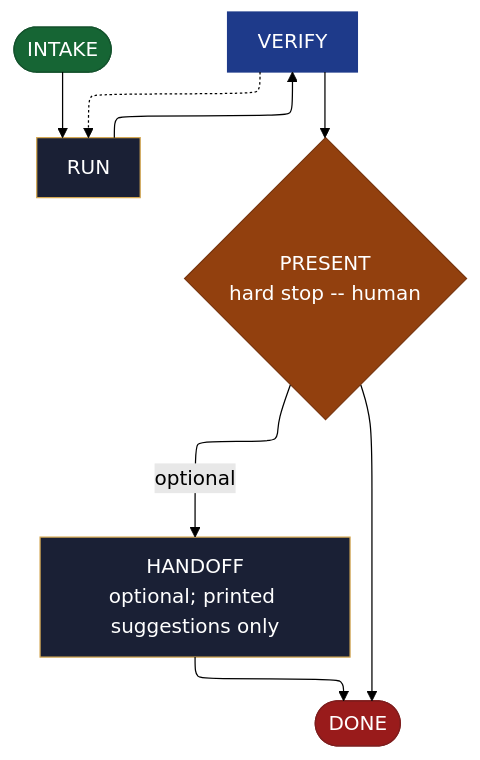
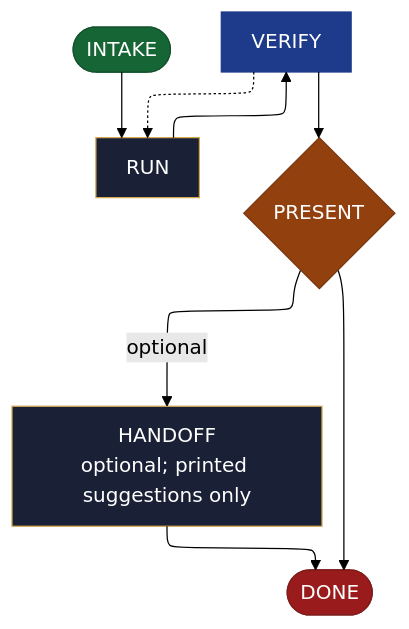
One commit to AndreVianna/aid-methodology changed the diagram in site/src/content/docs/skills/aid-test.md. Above: the diagram before and after it, drawn with Mermaid (forest theme). The commit also changed 11 other files, not shown here.

````diff
--- a/site/src/content/docs/skills/aid-test.md
+++ b/site/src/content/docs/skills/aid-test.md
@@ -20,43 +20,43 @@
 ```mermaid
 ---
 config:
   layout: elk
   flowchart:
     nodeSpacing: 55
     rankSpacing: 65
     padding: 12
     useMaxWidth: true
 ---
 flowchart TB
   classDef aidNode color:#fff
   classDef aidEntry fill:#166534,stroke:#14532d,color:#fff
   classDef aidExit fill:#991b1b,stroke:#7f1d1d,color:#fff
   classDef aidDecision fill:#92400e,stroke:#78350f,color:#fff
   classDef aidLoopBack fill:#1e3a8a,stroke:#1e3a8a,color:#fff
   classDef aidStep fill:#1a2035,stroke:#d4a853,color:#f1f5f9
   n1(["INTAKE"])
   n2["RUN"]
   n3["VERIFY"]
-  n4{"PRESENT<br/>hard stop -- human"}
+  n4{"PRESENT"}
   n5["HANDOFF<br/>optional; printed suggestions only"]
   n6(["DONE"])
   n1 --> n2
   n2 --> n3
   n3 -.-> n2
   n3 --> n4
   n4 -->|"optional"| n5
   n4 --> n6
   n5 --> n6
   class n1 aidEntry
   class n2 aidStep
   class n3 aidLoopBack
   class n4 aidDecision
   class n5 aidStep
   class n6 aidExit
   class n1 aidNode
   class n2 aidNode
   class n3 aidNode
   class n4 aidNode
   class n5 aidNode
   class n6 aidNode
 ```
````
